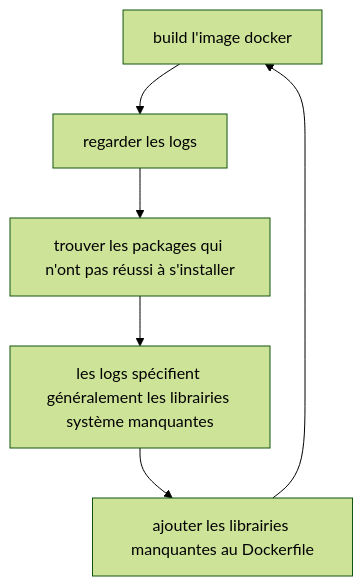
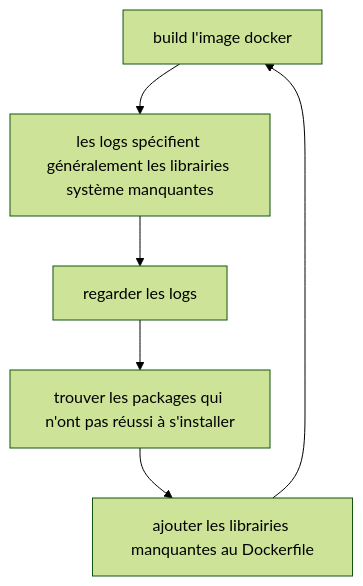
One commit to InseeFrLab/template-shiny-deployment changed the diagram in tutorial.md. Above: the diagram before and after it, drawn with Mermaid (forest theme). The commit also changed other lines of this file, not shown here.

````diff
--- a/tutorial.md
+++ b/tutorial.md
@@ -58,14 +58,14 @@
 ```mermaid
 flowchart TB;
   A[build l'image docker];
-  B[regarder les logs];
-  C[trouver les packages qui n'ont pas réussi à s'installer];
-  D[les logs spécifient généralement les librairies système manquantes];
+  B[les logs spécifient généralement les librairies système manquantes];
+  C[regarder les logs];
+  D[trouver les packages qui n'ont pas réussi à s'installer];
   E[ajouter les librairies manquantes au Dockerfile];
   
   A --> B
   B --> C
   C --> D
   D --> E
   E --> A
 ```
````
